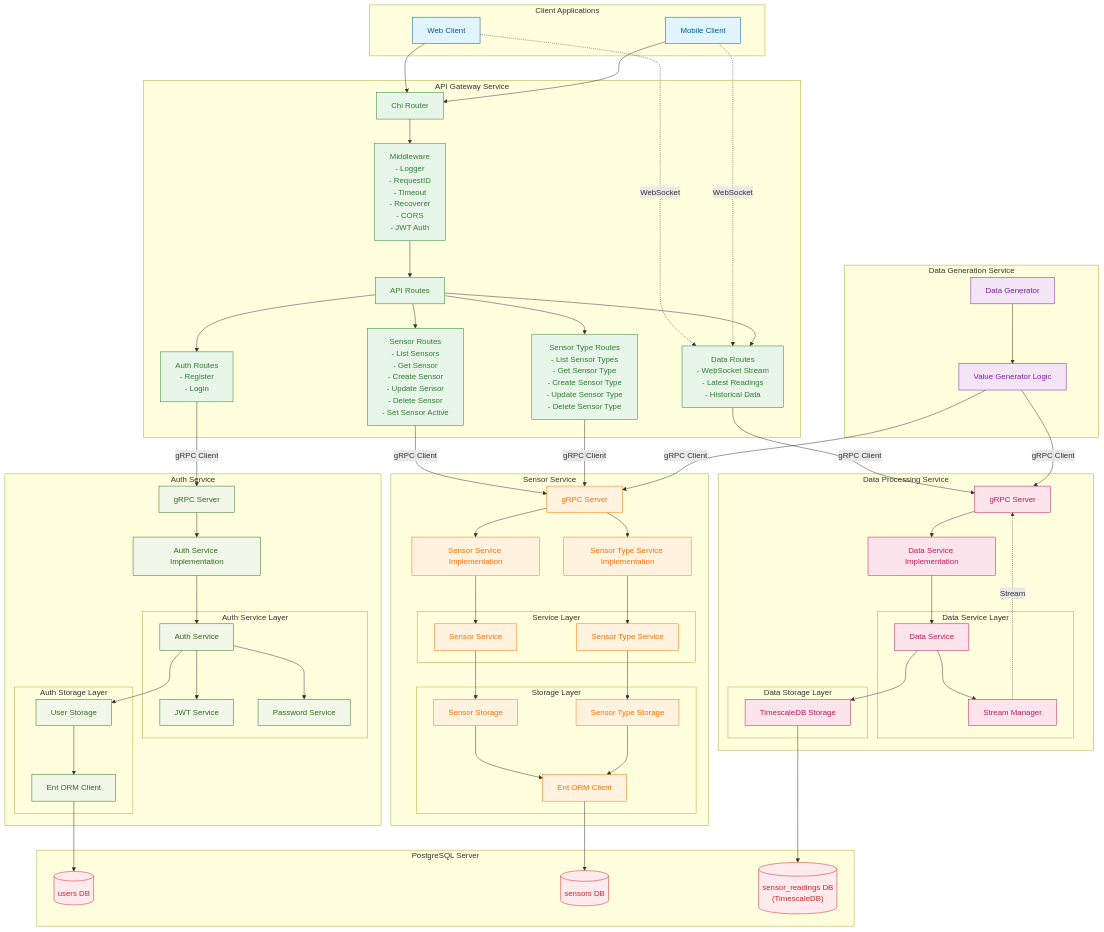
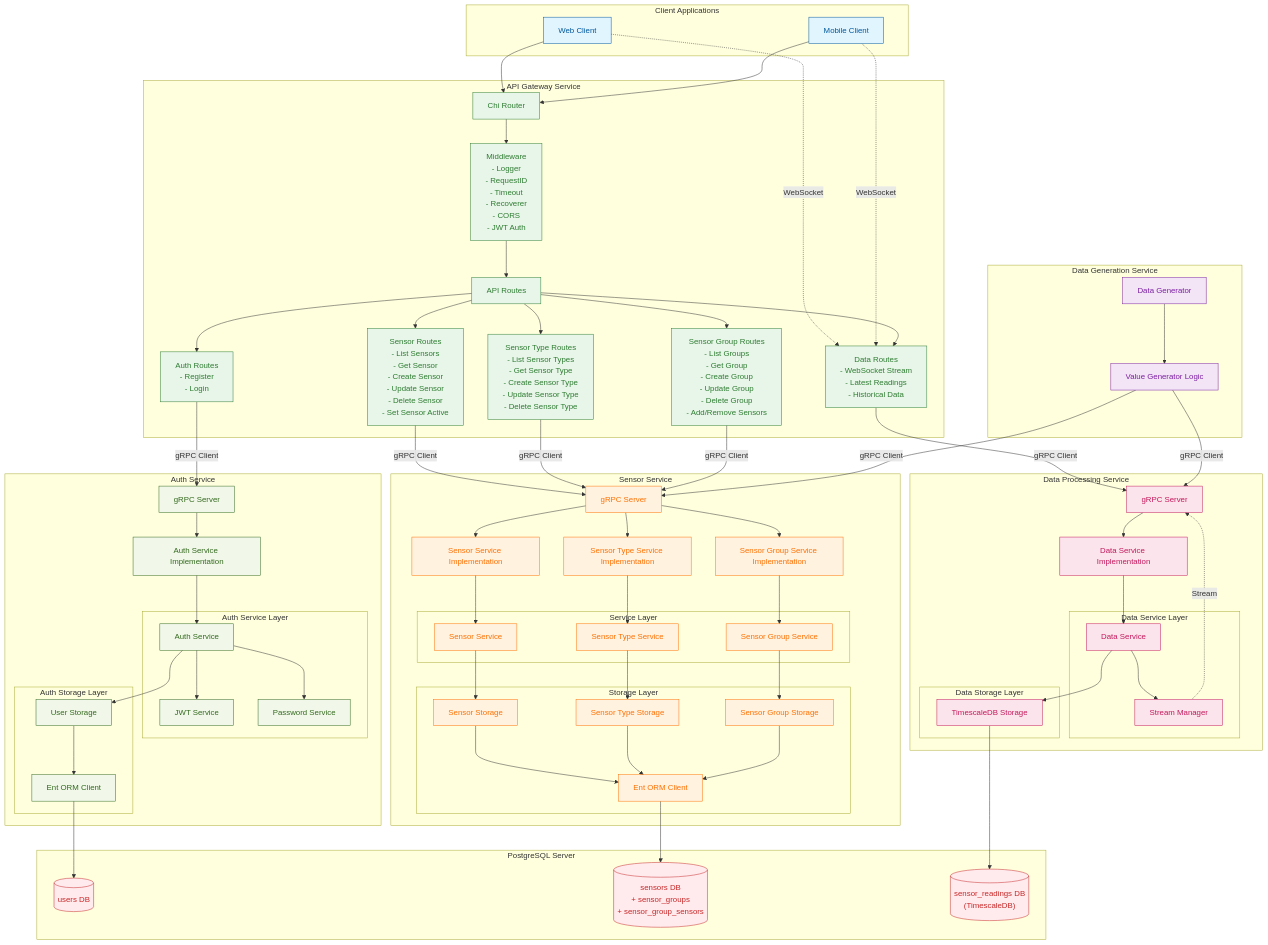
One commit to fkula5/iot-monitor-backend changed the diagram in README.md. Above: the diagram before and after it, drawn with Mermaid. The commit also changed other lines of this file, not shown here.

```diff
--- a/README.md
+++ b/README.md
@@ -37,6 +37,7 @@
         Middleware["Middleware </br>- Logger</br>- RequestID</br>- Timeout</br>- Recoverer</br>- CORS</br>- JWT Auth"]
         SensorRoutes["Sensor Routes</br>- List Sensors</br>- Get Sensor</br>- Create Sensor</br>- Update Sensor</br>- Delete Sensor</br>- Set Sensor Active"]
         SensorTypeRoutes["Sensor Type Routes</br>- List Sensor Types</br>- Get Sensor Type</br>- Create Sensor Type</br>- Update Sensor Type</br>- Delete Sensor Type"]
+        SensorGroupRoutes["Sensor Group Routes</br>- List Groups</br>- Get Group</br>- Create Group</br>- Update Group</br>- Delete Group</br>- Add/Remove Sensors"]
         AuthRoutes["Auth Routes</br>- Register</br>- Login"]
         DataRoutes["Data Routes</br>- WebSocket Stream</br>- Latest Readings</br>- Historical Data"]
     end
@@ -63,15 +64,18 @@
         GrpcServer["gRPC Server"]
         SensorServiceImpl["Sensor Service Implementation"]
         SensorTypeServiceImpl["Sensor Type Service Implementation"]
+        SensorGroupServiceImpl["Sensor Group Service Implementation"]
 
         subgraph "Service Layer"
             SensorService["Sensor Service"]
             SensorTypeService["Sensor Type Service"]
+            SensorGroupService["Sensor Group Service"]
         end
 
         subgraph "Storage Layer"
             SensorStorage["Sensor Storage"]
             SensorTypeStorage["Sensor Type Storage"]
+            SensorGroupStorage["Sensor Group Storage"]
             EntClient["Ent ORM Client"]
         end
     end
@@ -94,7 +98,7 @@
     %% Database Server
     subgraph "PostgreSQL Server"
         AuthPostgresDB[(users DB)]
-        SensorsDB[(sensors DB)]
+        SensorsDB[(sensors DB</br>+ sensor_groups</br>+ sensor_group_sensors)]
         DataDB[("sensor_readings DB</br>(TimescaleDB)")]
     end
 
@@ -116,6 +120,7 @@
     Middleware --> ApiRoutes
     ApiRoutes --> SensorRoutes
     ApiRoutes --> SensorTypeRoutes
+    ApiRoutes --> SensorGroupRoutes
     ApiRoutes --> AuthRoutes
     ApiRoutes --> DataRoutes
 
@@ -123,6 +128,7 @@
     AuthRoutes -- "gRPC Client" --> AuthGrpcServer
     SensorRoutes -- "gRPC Client" --> GrpcServer
     SensorTypeRoutes -- "gRPC Client" --> GrpcServer
+    SensorGroupRoutes -- "gRPC Client" --> GrpcServer
     DataRoutes -- "gRPC Client" --> DataGrpcServer
 
     %% Auth Service internal connections
@@ -137,12 +143,16 @@
     %% Sensor Service internal connections
     GrpcServer --> SensorServiceImpl
     GrpcServer --> SensorTypeServiceImpl
+    GrpcServer --> SensorGroupServiceImpl
     SensorServiceImpl --> SensorService
     SensorTypeServiceImpl --> SensorTypeService
+    SensorGroupServiceImpl --> SensorGroupService
     SensorService --> SensorStorage
     SensorTypeService --> SensorTypeStorage
+    SensorGroupService --> SensorGroupStorage
     SensorStorage --> EntClient
     SensorTypeStorage --> EntClient
+    SensorGroupStorage --> EntClient
     EntClient --> SensorsDB
 
     %% Data Processing Service internal connections
@@ -169,9 +179,9 @@
 
     %% Apply styles
     class WebClient,MobileClient client
-    class ChiRouter,ApiRoutes,Middleware,SensorRoutes,SensorTypeRoutes,AuthRoutes,DataRoutes apiGateway
+    class ChiRouter,ApiRoutes,Middleware,SensorRoutes,SensorTypeRoutes,SensorGroupRoutes,AuthRoutes,DataRoutes apiGateway
     class AuthGrpcServer,AuthServiceImpl,AuthService,JWTService,PasswordService,UserStorage,AuthEntClient authService
-    class GrpcServer,SensorServiceImpl,SensorTypeServiceImpl,SensorService,SensorTypeService,SensorStorage,SensorTypeStorage,EntClient sensorService
+    class GrpcServer,SensorServiceImpl,SensorTypeServiceImpl,SensorGroupServiceImpl,SensorService,SensorTypeService,SensorGroupService,SensorStorage,SensorTypeStorage,SensorGroupStorage,EntClient sensorService
     class DataGrpcServer,DataServiceImpl,DataService,StreamManager,TimescaleStorage dataService
     class Generator,ValueGenerator dataGeneration
     class AuthPostgresDB,SensorsDB,DataDB database
```
